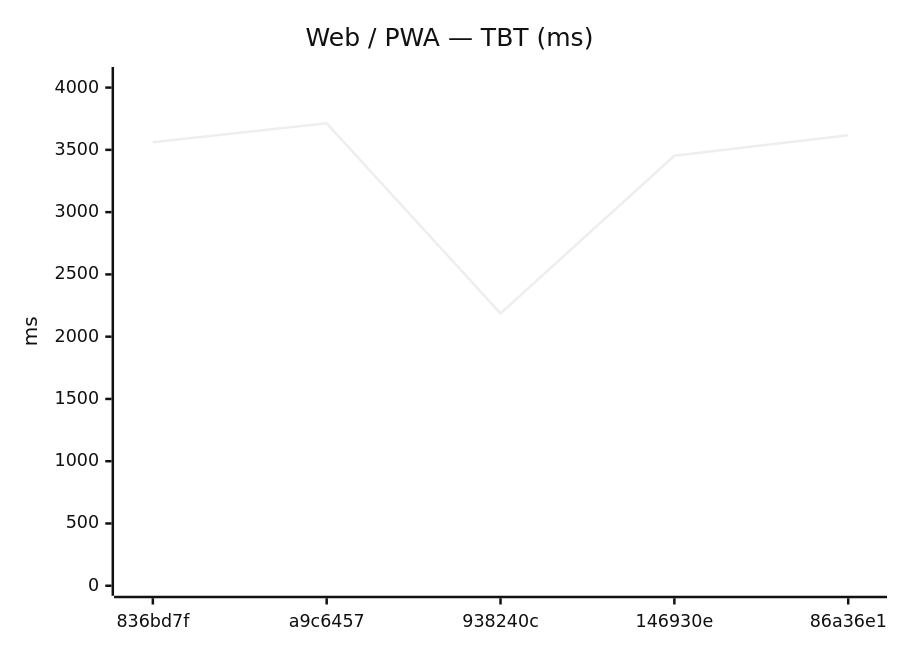
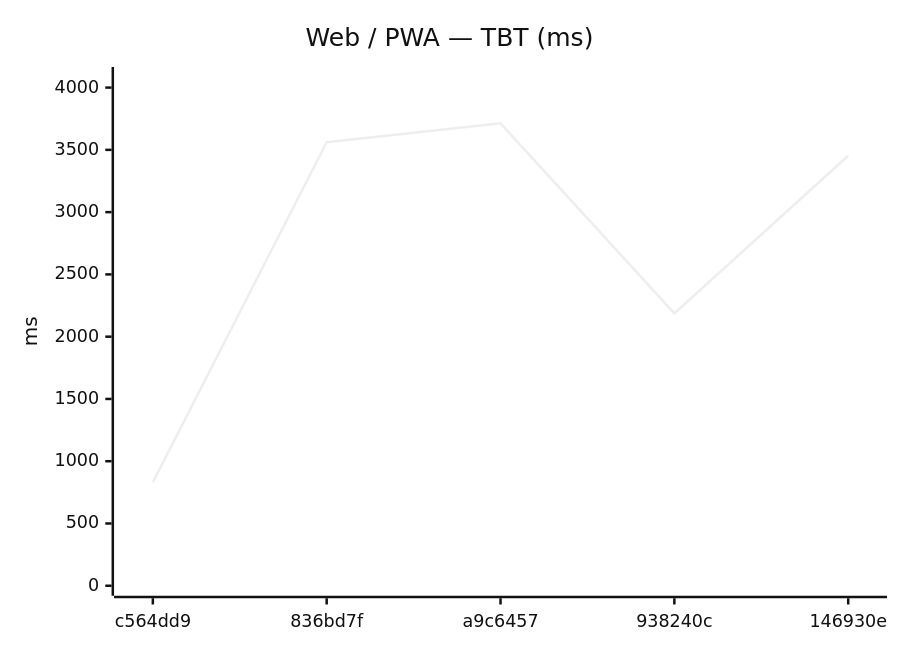
The sixth of 12 diagrams in benchmarks/compare.md (Metaheurist/Rianell), drawn with Mermaid (neutral theme) before and after one commit. The commit also changed other lines of this file and 8 other files, not shown here.

````diff
--- a/benchmarks/compare.md
+++ b/benchmarks/compare.md
@@ -89,7 +89,7 @@
 ```mermaid
 xychart-beta
     title "Web / PWA — TBT (ms)"
-    x-axis ["836bd7f", "a9c6457", "938240c", "146930e", "86a36e1"]
+    x-axis ["c564dd9", "836bd7f", "a9c6457", "938240c", "146930e"]
     y-axis "ms" 0 --> 4085
-    line [3562, 3713, 2187, 3453, 3617]
+    line [830, 3562, 3713, 2187, 3453]
 ```
````
